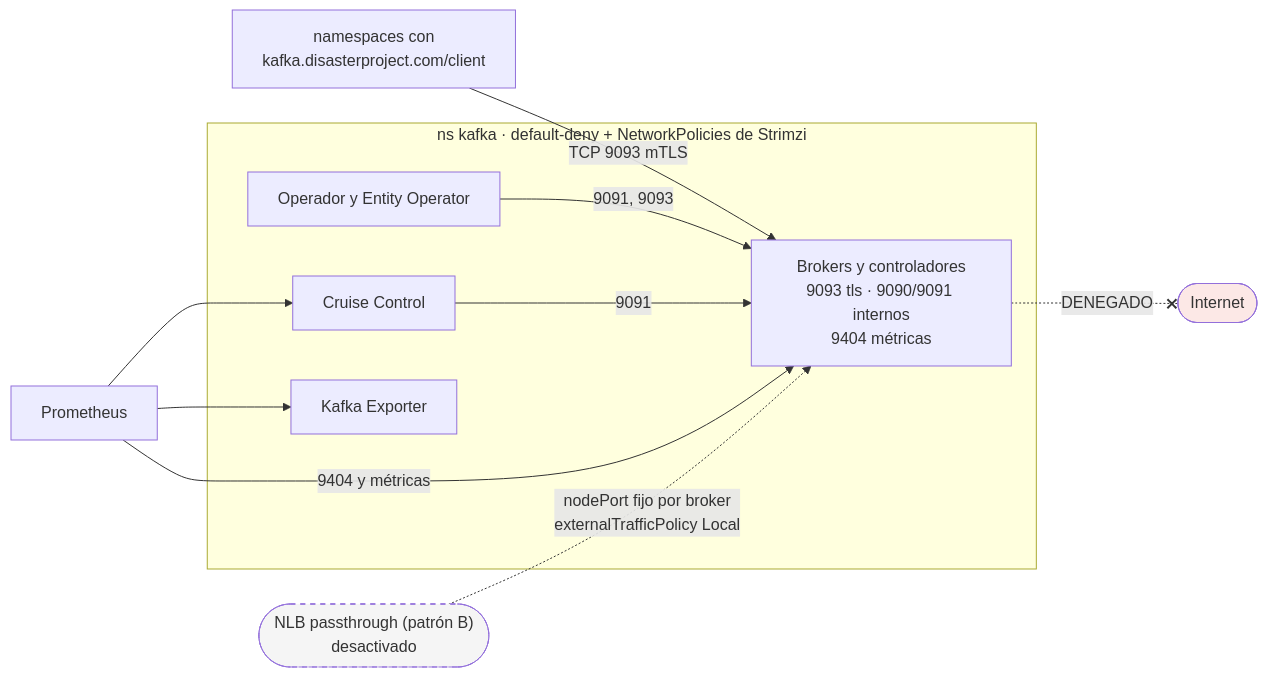
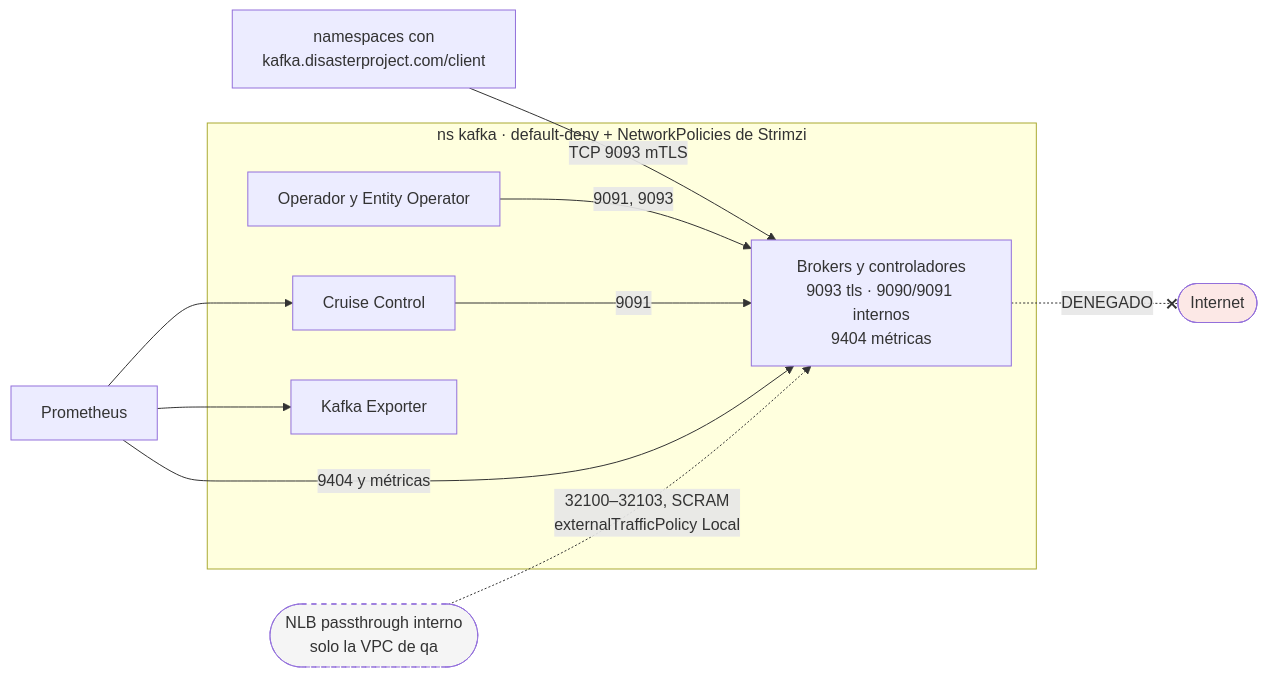
The diagram in docs/es/proposals/kafka-qa/diagrams/04-red.mmd (aescanero/proposal_documents), drawn with Mermaid before and after one commit. The commit also changed 30 other files, not shown here.

```diff
--- a/docs/es/proposals/kafka-qa/diagrams/04-red.mmd
+++ b/docs/es/proposals/kafka-qa/diagrams/04-red.mmd
@@ -1,23 +1,23 @@
 flowchart LR
     subgraph NS["ns kafka · default-deny + NetworkPolicies de Strimzi"]
         BR["Brokers y controladores<br/>9093 tls · 9090/9091 internos<br/>9404 métricas"]
         OPR["Operador y Entity Operator"]
         CC["Cruise Control"]
         KE["Kafka Exporter"]
     end
     APPS["namespaces con<br/>kafka.disasterproject.com/client"]
     P["Prometheus"]
-    NLB(["NLB passthrough (patrón B)<br/>desactivado"])
+    NLB(["NLB passthrough interno<br/>solo la VPC de qa"])
     INET(["Internet"])
 
     APPS -->|"TCP 9093 mTLS"| BR
     OPR -->|"9091, 9093"| BR
     CC -->|"9091"| BR
     P -->|"9404 y métricas"| BR
     P --> KE
     P --> CC
-    NLB -. "nodePort fijo por broker<br/>externalTrafficPolicy Local" .-> BR
+    NLB -. "32100–32103, SCRAM<br/>externalTrafficPolicy Local" .-> BR
     BR -.-x|"DENEGADO"| INET
 
     style INET fill:#fce8e6
     style NLB fill:#f5f5f5,stroke-dasharray: 5 5
```
